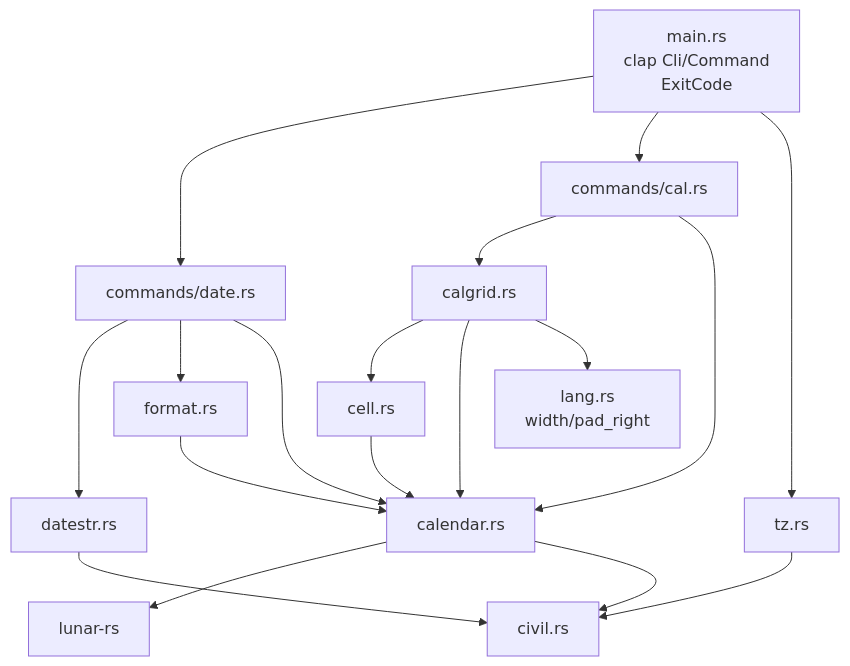
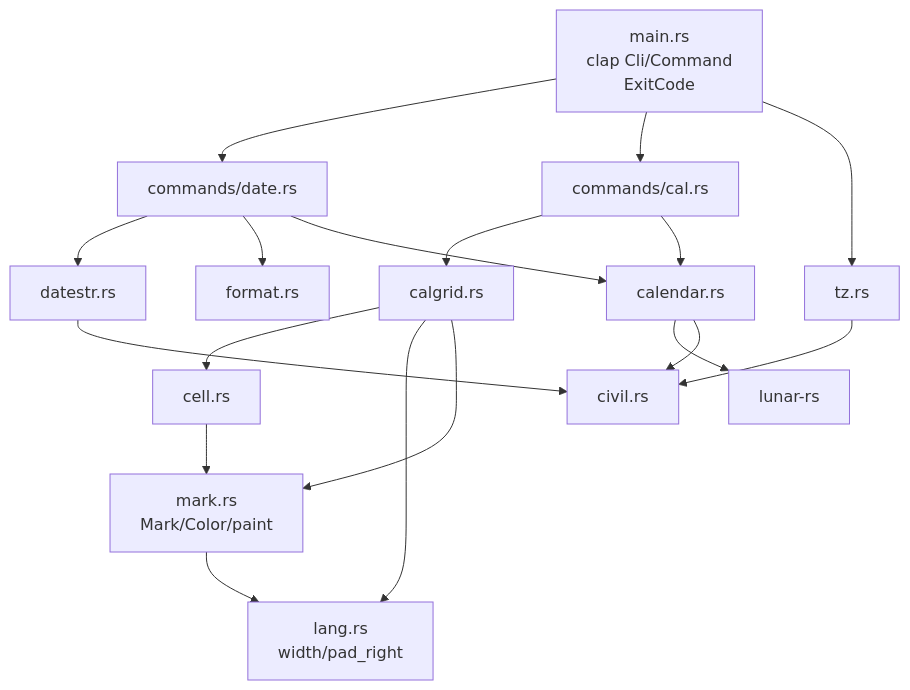
The diagram in AGENTS.md (YangtseSu/lunar), drawn with Mermaid before and after one commit. The commit also changed other lines of this file and 10 other files, not shown here.

````diff
--- a/AGENTS.md
+++ b/AGENTS.md
@@ -65,20 +68,20 @@
 ```mermaid
 graph TD
   A[main.rs<br/>clap Cli/Command<br/>ExitCode] --> B[commands/date.rs]
   A --> C[commands/cal.rs]
   A --> D[tz.rs]
   B --> E[datestr.rs]
   B --> F[format.rs]
   C --> G[calgrid.rs]
   G --> H[cell.rs]
   B --> I[calendar.rs]
   C --> I
-  F --> I
-  G --> I
-  H --> I
   I --> J[lunar-rs]
   G --> L[lang.rs<br/>width/pad_right]
+  G --> M[mark.rs<br/>Mark/Color/paint]
+  H --> M
+  M --> L
   D --> K[civil.rs]
   I --> K
   E --> K
 ```
````
